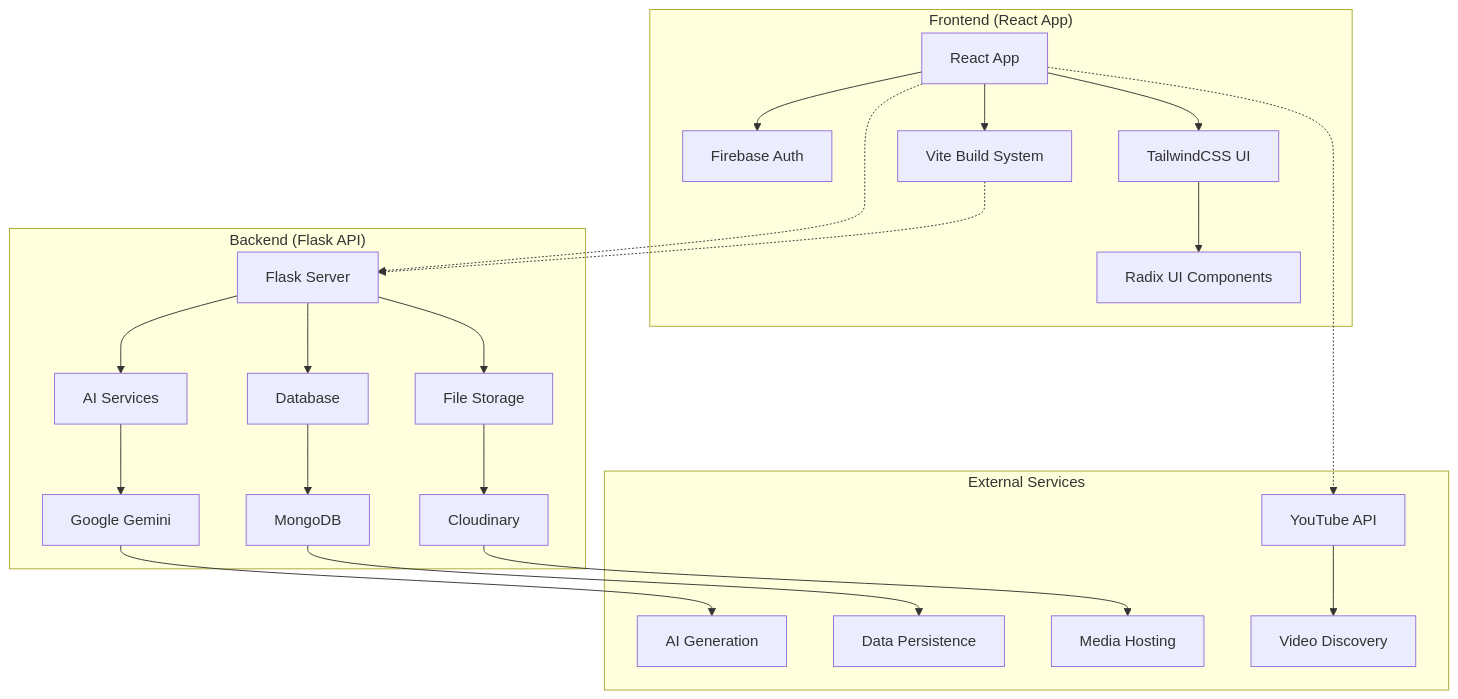
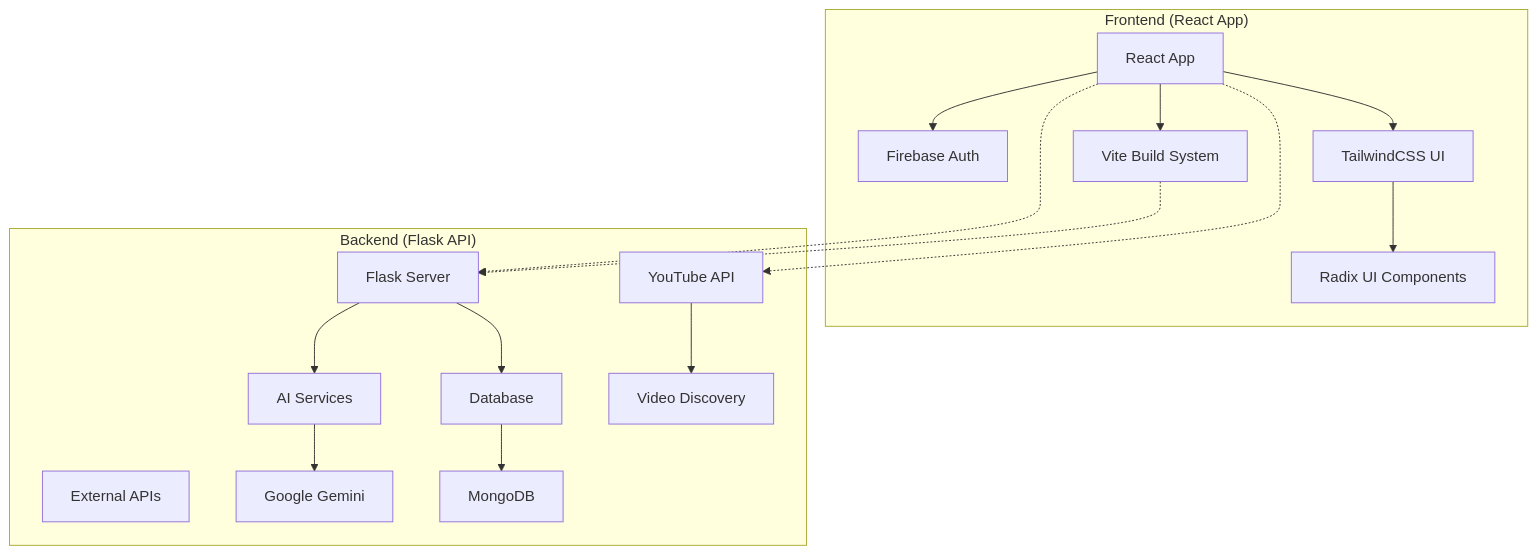
Before and after one commit to tanish-jain-225/edvanta: the diagram in README.md, drawn with Mermaid. The commit also changed other lines of this file and 23 other files, not shown here.

````diff
--- a/README.md
+++ b/README.md
@@ -40,29 +39,22 @@
 ```mermaid
 graph TB
     subgraph "Frontend (React App)"
         A[React App] --> B[Firebase Auth]
         A --> C[TailwindCSS UI]
         A --> D[Vite Build System]
         C --> E[Radix UI Components]
     end
     
     subgraph "Backend (Flask API)"
         F[Flask Server] --> G[AI Services]
         F --> H[Database]
-        F --> I[File Storage]
+        I[External APIs]
         G --> J[Google Gemini]
         H --> K[MongoDB]
-        I --> L[Cloudinary]
-    end
-    
-    subgraph "External Services"
-        J --> M[AI Generation]
-        K --> N[Data Persistence]
-        L --> O[Media Hosting]
         P[YouTube API] --> Q[Video Discovery]
     end
     
     A -.-> F
     D -.-> F
     A -.-> P
 ```
````
